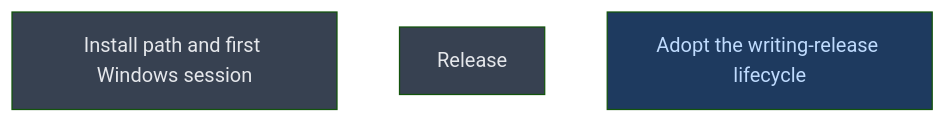
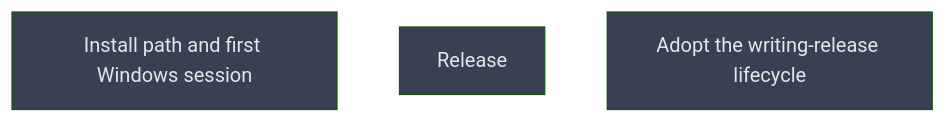
Before and after one commit to CrackingShells/Murmuration: the diagram in __roadmap__/windows_install/next/next/next/README.md, drawn with Mermaid (forest theme). The commit also changed other lines of this file and 4 other files, not shown here.

````diff
--- a/__roadmap__/windows_install/next/next/next/README.md
+++ b/__roadmap__/windows_install/next/next/next/README.md
@@ -16,11 +16,11 @@
 ```mermaid
 graph TD
     install[Install path and first Windows session]:::planned
     next[Release]:::planned
-    release_lifecycle[Adopt the writing-release lifecycle]:::amendment
+    release_lifecycle[Adopt the writing-release lifecycle]:::planned
     classDef done       fill:#166534,color:#bbf7d0
     classDef inprogress fill:#854d0e,color:#fef08a
     classDef planned    fill:#374151,color:#e5e7eb
     classDef amendment  fill:#1e3a5f,color:#bfdbfe
     classDef blocked    fill:#7f1d1d,color:#fecaca
 ```
````
